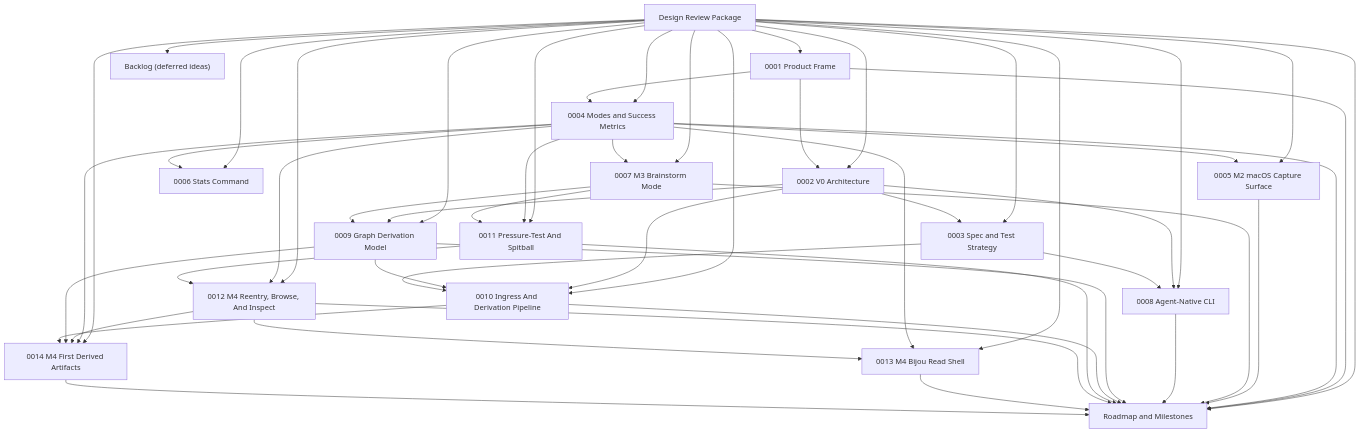
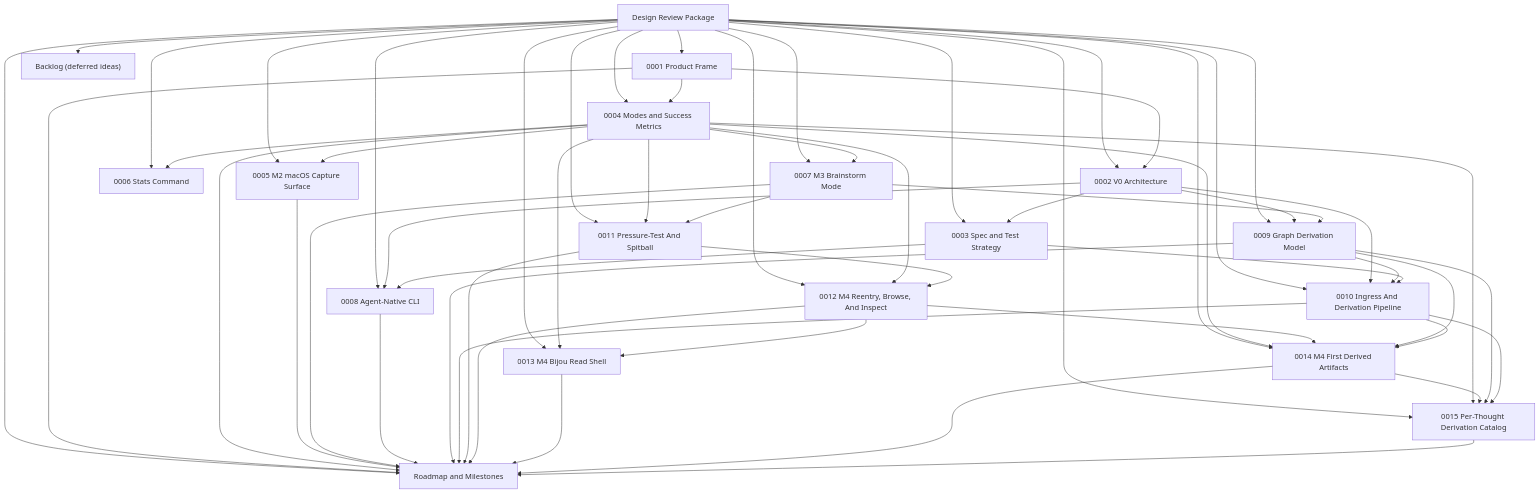
Before and after one commit to flyingrobots/think: the diagram in docs/design/README.md, drawn with Mermaid. The commit also changed other lines of this file and 3 other files, not shown here.

Commit message:
Add per-thought derivation catalog

````diff
--- a/docs/design/README.md
+++ b/docs/design/README.md
@@ -43,53 +44,59 @@
 ```mermaid
 flowchart TD
     R["Design Review Package"] --> P["0001 Product Frame"]
     R --> A["0002 V0 Architecture"]
     R --> T["0003 Spec and Test Strategy"]
     R --> M["0004 Modes and Success Metrics"]
     R --> M2["0005 M2 macOS Capture Surface"]
     R --> S["0006 Stats Command"]
     R --> B3["0007 M3 Brainstorm Mode"]
     R --> A8["0008 Agent-Native CLI"]
     R --> G9["0009 Graph Derivation Model"]
     R --> P10["0010 Ingress And Derivation Pipeline"]
     R --> P11["0011 Pressure-Test And Spitball"]
     R --> P12["0012 M4 Reentry, Browse, And Inspect"]
     R --> P13["0013 M4 Bijou Read Shell"]
     R --> P14["0014 M4 First Derived Artifacts"]
+    R --> P15["0015 Per-Thought Derivation Catalog"]
     R --> RD["Roadmap and Milestones"]
     R --> BL["Backlog (deferred ideas)"]
     P --> A
     P --> M
     A --> T
     P --> RD
     M --> RD
     M --> M2
     M --> S
     M --> B3
     A --> A8
     A --> G9
     A --> P10
     M --> P11
     M --> P12
     M --> P13
     M --> P14
+    M --> P15
     B3 --> G9
     B3 --> P11
     P11 --> P12
     P12 --> P13
     P12 --> P14
+    P14 --> P15
     G9 --> P10
     G9 --> P14
+    G9 --> P15
     P10 --> P14
+    P10 --> P15
     T --> A8
     T --> P10
     M2 --> RD
     B3 --> RD
     A8 --> RD
     G9 --> RD
     P10 --> RD
     P11 --> RD
     P12 --> RD
     P13 --> RD
     P14 --> RD
+    P15 --> RD
 ```
````
